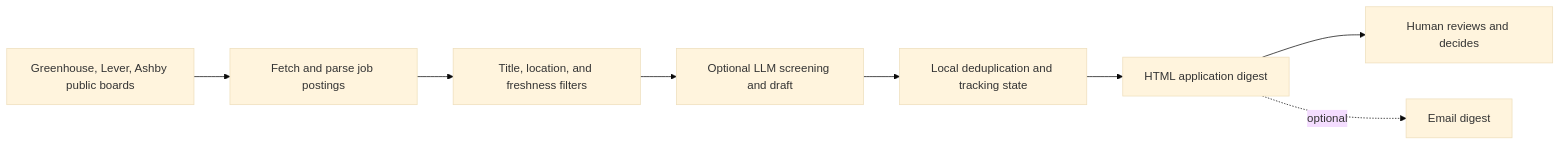
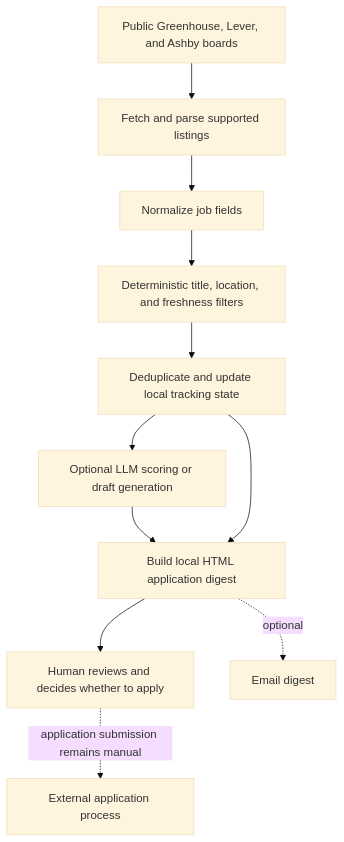
Before and after one commit to nihalmachhi/openhunt: the diagram in README.md, drawn with Mermaid (base theme).

Commit message:
docs: expand README architecture diagram

````diff
--- a/README.md
+++ b/README.md
@@ -17,10 +17,13 @@
 ```mermaid
-flowchart LR
-  A[Greenhouse, Lever, Ashby public boards] --> B[Fetch and parse job postings]
-  B --> C[Title, location, and freshness filters]
-  C --> D[Optional LLM screening and draft]
-  D --> E[Local deduplication and tracking state]
-  E --> F[HTML application digest]
-  F --> G[Human reviews and decides]
-  F -. optional .-> H[Email digest]
+flowchart TD
+  A[Public Greenhouse, Lever, and Ashby boards] --> B[Fetch and parse supported listings]
+  B --> C[Normalize job fields]
+  C --> D[Deterministic title, location, and freshness filters]
+  D --> E[Deduplicate and update local tracking state]
+  E --> F[Optional LLM scoring or draft generation]
+  F --> G[Build local HTML application digest]
+  E --> G
+  G --> H[Human reviews and decides whether to apply]
+  G -. optional .-> I[Email digest]
+  H -. application submission remains manual .-> J[External application process]
 ```
````
